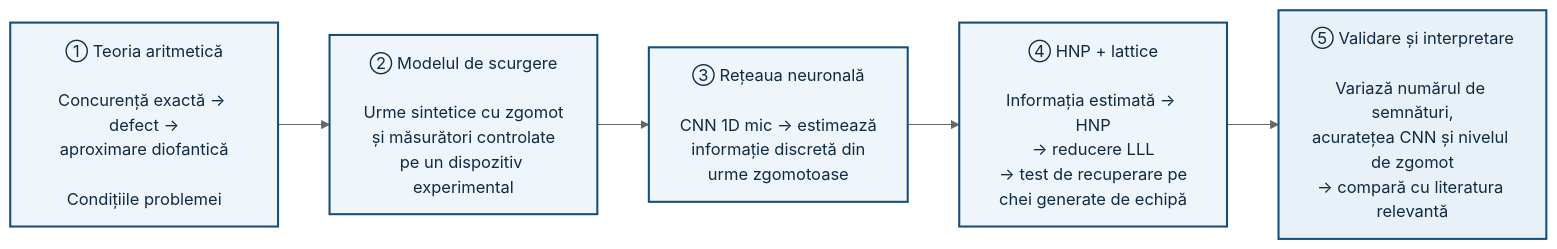
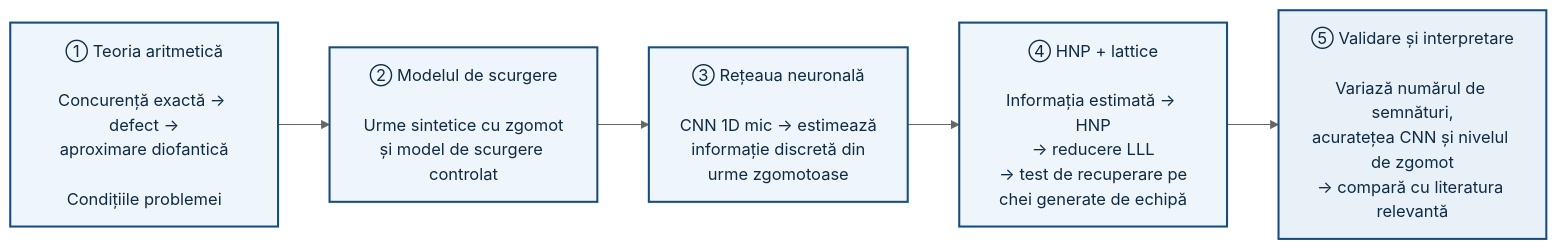
One commit to Vendetaaaa/RoSEF26-27 changed the diagram in README.md. Above: the diagram before and after it, drawn with Mermaid (neutral theme). The commit also changed other lines of this file, not shown here.

````diff
--- a/README.md
+++ b/README.md
@@ -55,14 +55,14 @@
 ```mermaid
 flowchart LR
     A["① Teoria aritmetică<br/><br/>Concurență exactă → defect →<br/>aproximare diofantică<br/><br/>Condițiile problemei"]
-    --> B["② Modelul de scurgere<br/><br/>Urme sintetice cu zgomot<br/>și măsurători controlate<br/>pe un dispozitiv experimental"]
+    --> B["② Modelul de scurgere<br/><br/>Urme sintetice cu zgomot<br/>și model de scurgere controlat"]
     --> C["③ Rețeaua neuronală<br/><br/>CNN 1D mic → estimează<br/>informație discretă din<br/>urme zgomotoase"]
     --> D["④ HNP + lattice<br/><br/>Informația estimată → HNP<br/>→ reducere LLL<br/>→ test de recuperare pe<br/>chei generate de echipă"]
     --> E["⑤ Validare și interpretare<br/><br/>Variază numărul de semnături,<br/>acuratețea CNN și nivelul de zgomot<br/>→ compară cu literatura relevantă"]
 
     classDef step fill:#eef5fb,stroke:#174d7a,stroke-width:2px,color:#102b43;
     classDef final fill:#e8f1f8,stroke:#174d7a,stroke-width:2px,color:#102b43;
 
     class A,B,C,D step;
     class E final;
 ```
````
